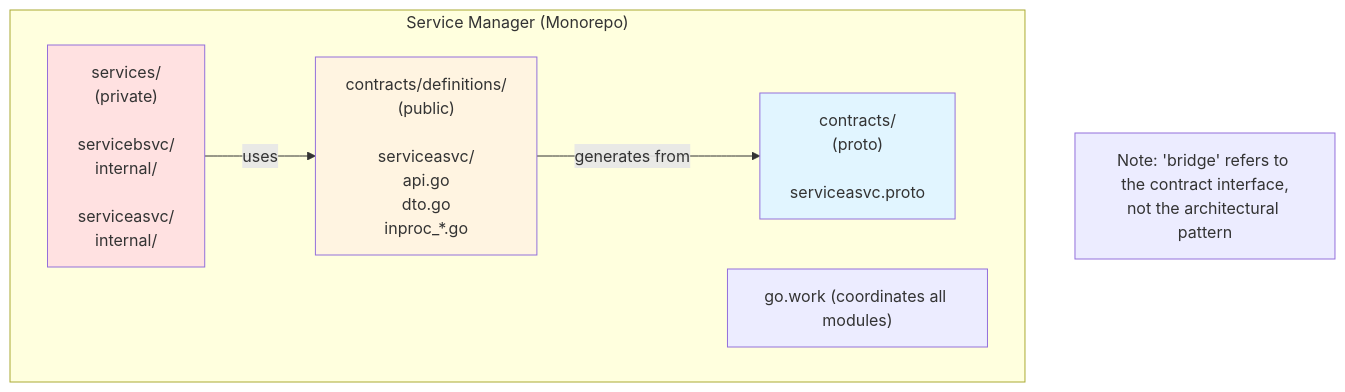
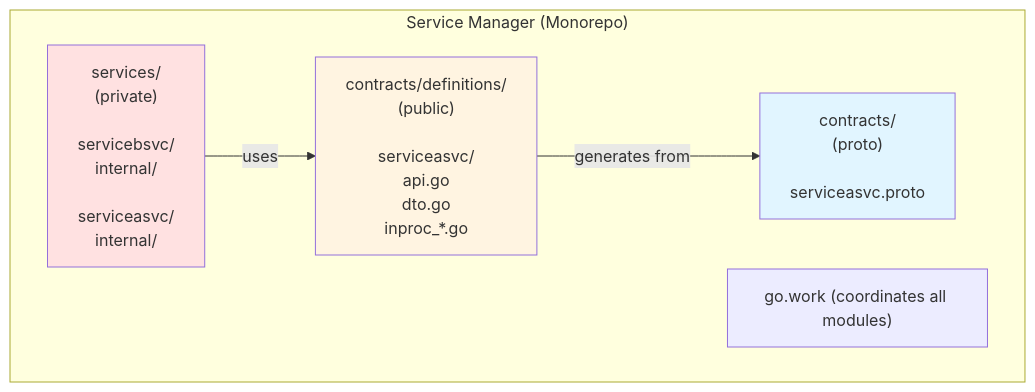
Before and after one commit to pivaldi/go-modular-monolith-white-paper: the first of 5 diagrams in README.md, drawn with Mermaid. The commit also changed 4 other files, not shown here.

````diff
--- a/README.md
+++ b/README.md
@@ -259,19 +259,17 @@
 ```mermaid
 graph TB
     subgraph monorepo["Service Manager (Monorepo)"]
         contracts["contracts/<br/>(proto)<br/><br/>serviceasvc.proto"]
-        bridge["contracts/definitions/<br/>(public)<br/><br/>serviceasvc/<br/>api.go<br/>dto.go<br/>inproc_*.go"]
+        contract_def["contracts/definitions/<br/>(public)<br/><br/>serviceasvc/<br/>api.go<br/>dto.go<br/>inproc_*.go"]
         services["services/<br/>(private)<br/><br/>servicebsvc/<br/>internal/<br/><br/>serviceasvc/<br/>internal/"]
 
-        services -->|uses| bridge
-        bridge -->|generates from| contracts
+        services -->|uses| contract_def
+        contract_def -->|generates from| contracts
 
         workspace["go.work (coordinates all modules)"]
     end
 
     style contracts fill:#e1f5ff
-    style bridge fill:#fff4e1
+    style contract_def fill:#fff4e1
     style services fill:#ffe1e1
-
-    note["Note: 'bridge' refers to the contract interface,<br/>not the architectural pattern"]
 ```
````
